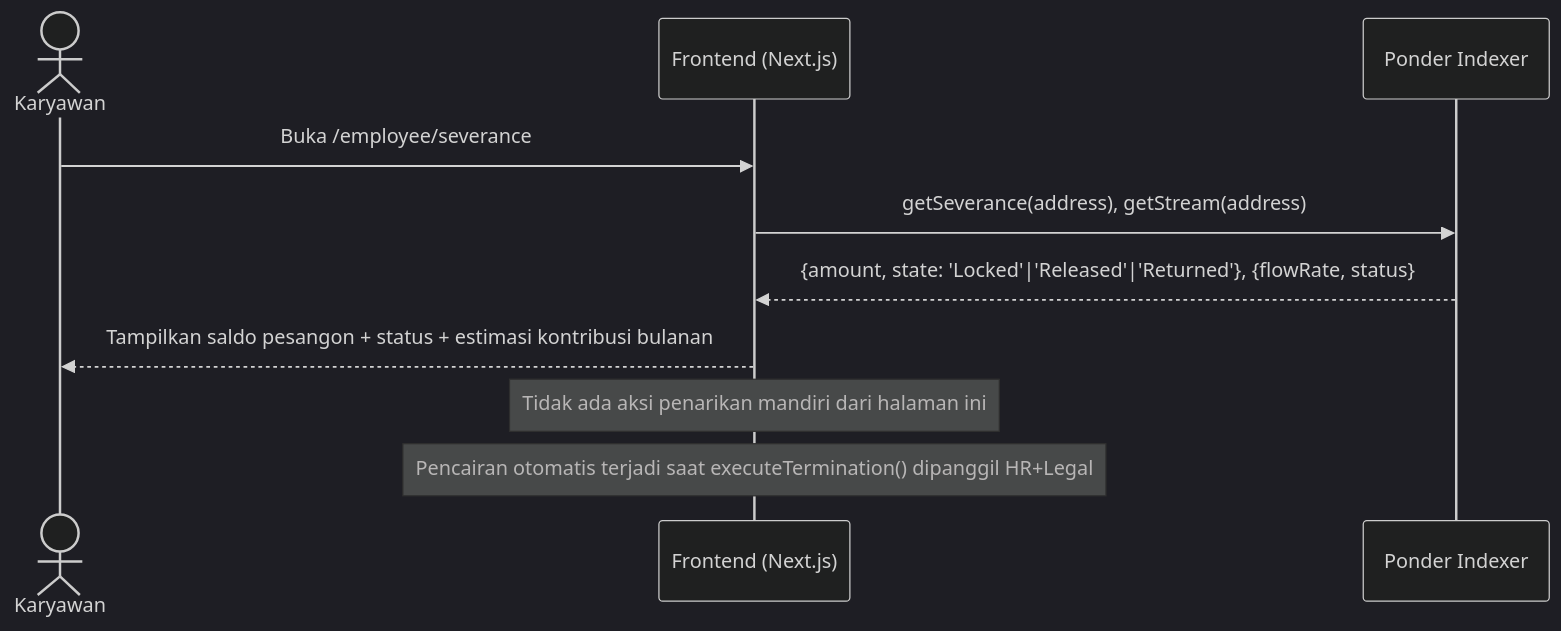
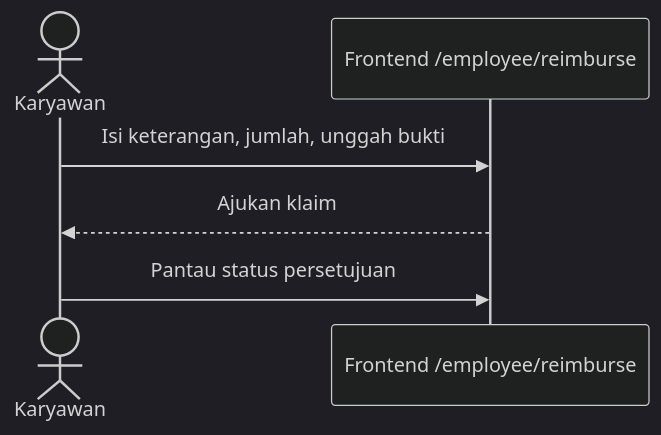
Diagram 20 of 44 in docs/DPPL.md (skripsi-payroll-dapp/docs), drawn with Mermaid (dark theme) before and after one commit. The commit also changed other lines of this file and 4 other files, not shown here.

````diff
--- a/docs/DPPL.md
+++ b/docs/DPPL.md
@@ -1176,14 +932,8 @@
 ```mermaid
 sequenceDiagram
-    actor Karyawan
-    participant FE as Frontend (Next.js)
-    participant Ponder as Ponder Indexer
-
-    Karyawan->>FE: Buka /employee/severance
-    FE->>Ponder: getSeverance(address), getStream(address)
-    Ponder-->>FE: {amount, state: 'Locked'|'Released'|'Returned'}, {flowRate, status}
-    FE-->>Karyawan: Tampilkan saldo pesangon + status + estimasi kontribusi bulanan
-
-    Note over FE: Tidak ada aksi penarikan mandiri dari halaman ini
-    Note over FE: Pencairan otomatis terjadi saat executeTermination() dipanggil HR+Legal
+    actor E as Karyawan
+    participant FE as Frontend /employee/reimburse
+    E->>FE: Isi keterangan, jumlah, unggah bukti
+    FE-->>E: Ajukan klaim
+    E->>FE: Pantau status persetujuan
 ```
````
